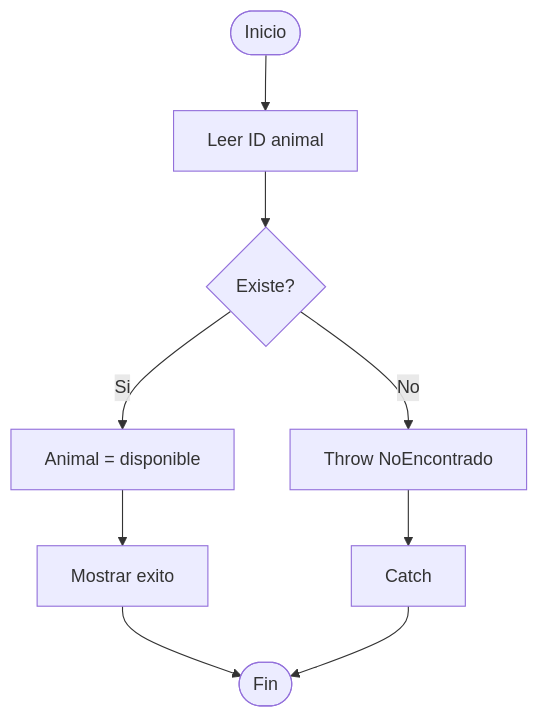
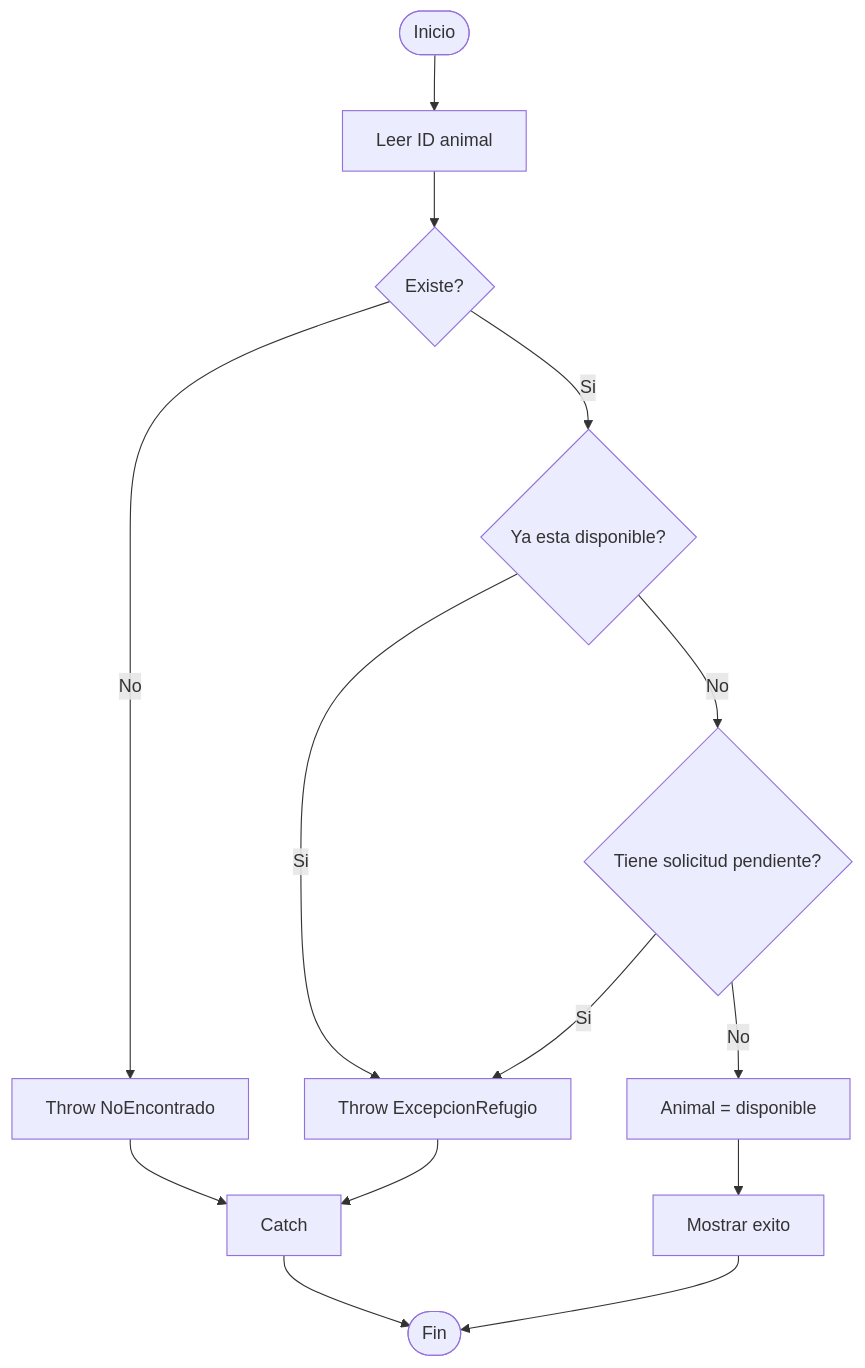
One commit to santiristorto/Proyecto-POO changed the eighth of 15 diagrams in docs/diagramas.md. Above: the diagram before and after it, drawn with Mermaid. The commit also changed other lines of this file and 13 other files, not shown here.

````diff
--- a/docs/diagramas.md
+++ b/docs/diagramas.md
@@ -144,11 +146,16 @@
 ```mermaid
 flowchart TD
     A([Inicio]) --> B[Leer ID animal]
     B --> C{Existe?}
     C -->|No| D[Throw NoEncontrado]
-    C -->|Si| E[Animal = disponible]
+    C -->|Si| C2{Ya esta disponible?}
+    C2 -->|Si| D2[Throw ExcepcionRefugio]
+    C2 -->|No| C3{Tiene solicitud pendiente?}
+    C3 -->|Si| D2
+    C3 -->|No| E[Animal = disponible]
     E --> F[Mostrar exito]
     D --> G[Catch]
+    D2 --> G
     F --> H([Fin])
     G --> H
 ```
````
